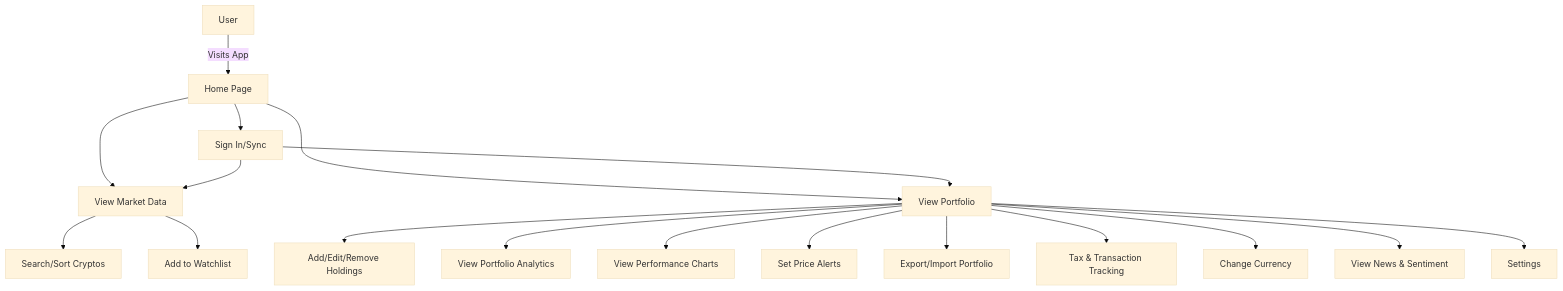
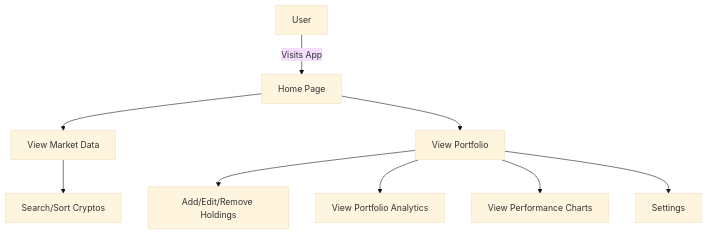
One commit to SiddharthFX/crypfolio changed the diagram in README.md. Above: the diagram before and after it, drawn with Mermaid (base theme). The commit also changed other lines of this file, not shown here.

Commit message:
docs: update README to reflect current features only

````diff
--- a/README.md
+++ b/README.md
@@ -20,20 +20,11 @@
 ```mermaid
 flowchart TD
     A[User] -->|Visits App| B[Home Page]
     B --> C[View Market Data]
     B --> D[View Portfolio]
     C --> E[Search/Sort Cryptos]
-    C --> F[Add to Watchlist]
     D --> G[Add/Edit/Remove Holdings]
     D --> H[View Portfolio Analytics]
     D --> I[View Performance Charts]
-    D --> J[Set Price Alerts]
-    D --> K[Export/Import Portfolio]
-    D --> L[Tax & Transaction Tracking]
-    D --> M[Change Currency]
-    D --> N[View News & Sentiment]
     D --> O[Settings]
-    B --> P[Sign In/Sync]
-    P --> D
-    P --> C
 ```
````
